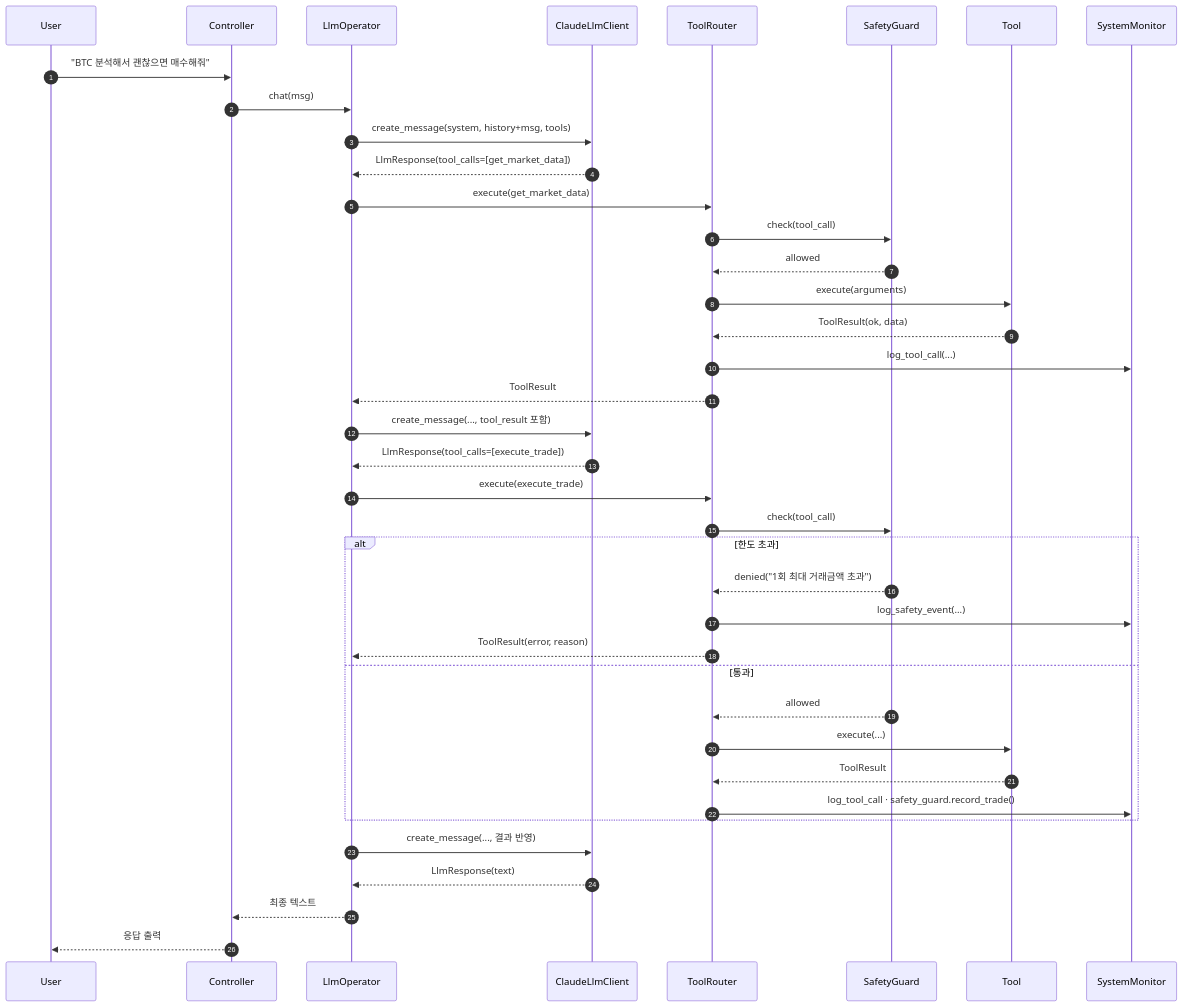
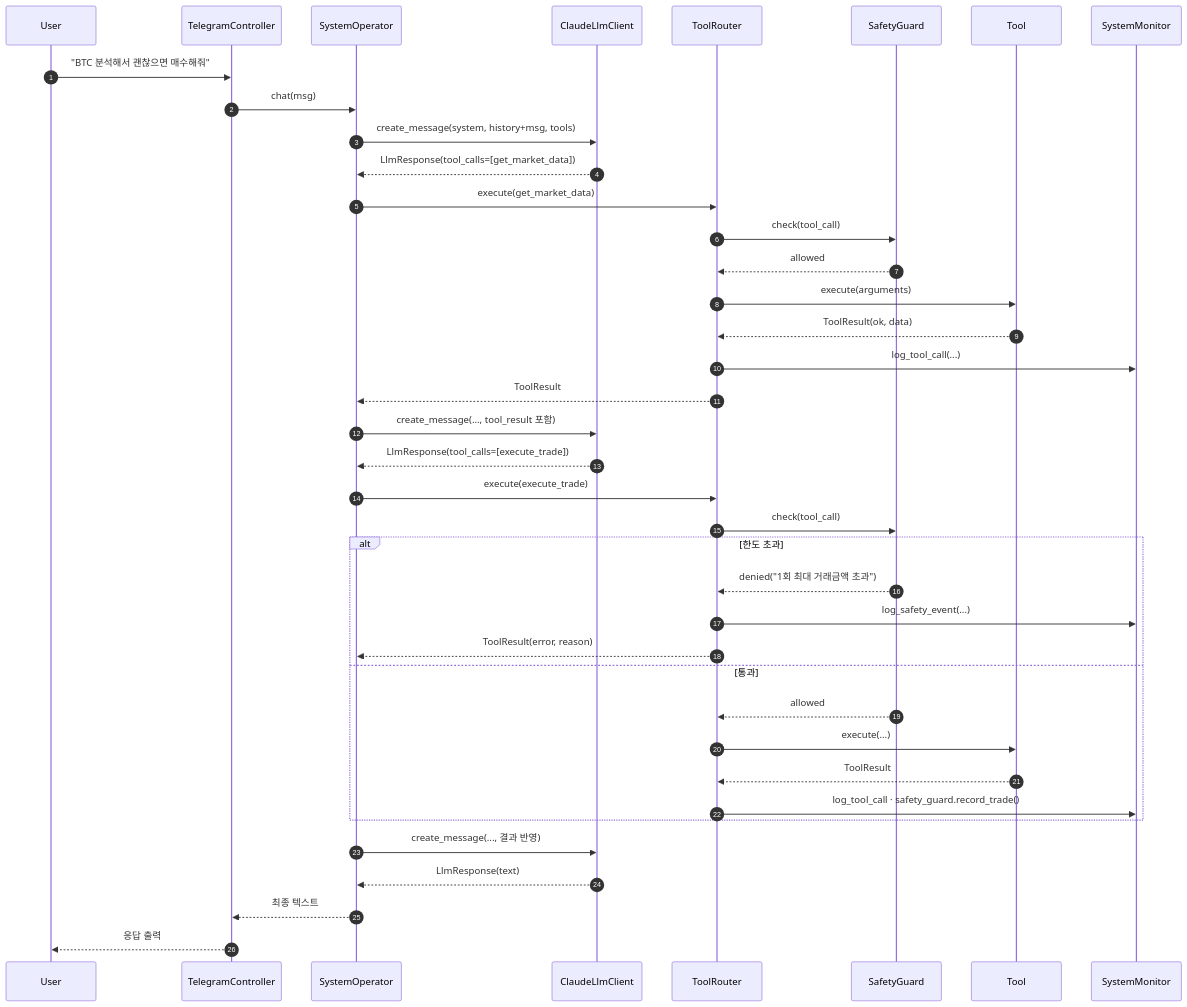
One commit to msaltnet/smtm changed the third of 4 diagrams in docs/public/architecture.md. Above: the diagram before and after it, drawn with Mermaid. The commit also changed other lines of this file and 9 other files, not shown here.

````diff
--- a/docs/public/architecture.md
+++ b/docs/public/architecture.md
@@ -175,42 +176,42 @@
 ```mermaid
 sequenceDiagram
     autonumber
     participant U as User
-    participant C as Controller
-    participant O as LlmOperator
+    participant C as TelegramController
+    participant O as SystemOperator
     participant L as ClaudeLlmClient
     participant R as ToolRouter
     participant S as SafetyGuard
     participant T as Tool
     participant SM as SystemMonitor
 
     U->>C: "BTC 분석해서 괜찮으면 매수해줘"
     C->>O: chat(msg)
     O->>L: create_message(system, history+msg, tools)
     L-->>O: LlmResponse(tool_calls=[get_market_data])
     O->>R: execute(get_market_data)
     R->>S: check(tool_call)
     S-->>R: allowed
     R->>T: execute(arguments)
     T-->>R: ToolResult(ok, data)
     R->>SM: log_tool_call(...)
     R-->>O: ToolResult
     O->>L: create_message(..., tool_result 포함)
     L-->>O: LlmResponse(tool_calls=[execute_trade])
     O->>R: execute(execute_trade)
     R->>S: check(tool_call)
     alt 한도 초과
         S-->>R: denied("1회 최대 거래금액 초과")
         R->>SM: log_safety_event(...)
         R-->>O: ToolResult(error, reason)
     else 통과
         S-->>R: allowed
         R->>T: execute(...)
         T-->>R: ToolResult
         R->>SM: log_tool_call · safety_guard.record_trade()
     end
     O->>L: create_message(..., 결과 반영)
     L-->>O: LlmResponse(text)
     O-->>C: 최종 텍스트
     C-->>U: 응답 출력
 ```
````
